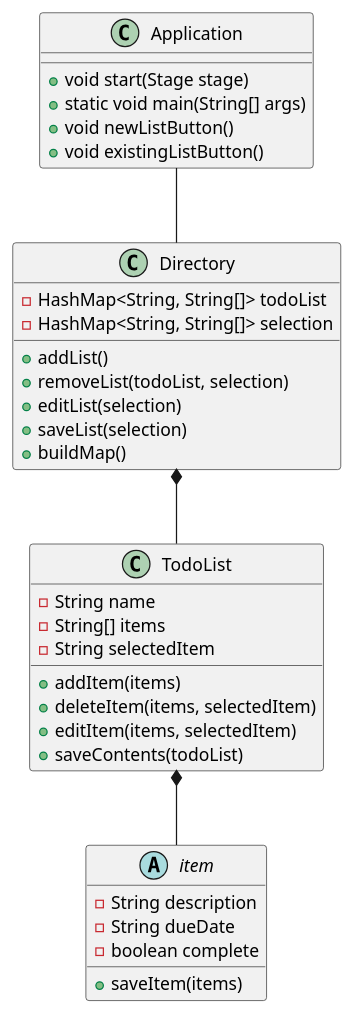
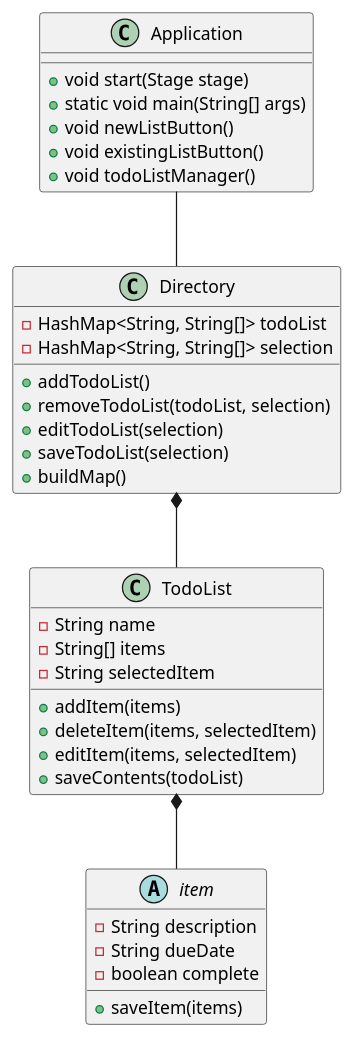
The diagram in earnest-app1-design/docs/App1 UML.puml (aidane1023/earnest-app1-design), drawn with PlantUML before and after one commit. The commit also changed 42 other files, not shown here.

```diff
--- a/earnest-app1-design/docs/App1 UML.puml
+++ b/earnest-app1-design/docs/App1 UML.puml
@@ -1,45 +1,46 @@
 @startuml
 
 class Application
 class Directory
 class TodoList
 abstract class  item
 
 Application -- Directory
 Directory *-- TodoList
 TodoList *-- item
 
 abstract class item {
     - String description
     - String dueDate
     - boolean complete
     + saveItem(items)
 }
 
 class TodoList {
     - String name
     - String[] items
     - String selectedItem
     + addItem(items)
     + deleteItem(items, selectedItem)
     + editItem(items, selectedItem)
     + saveContents(todoList)
 }
 
 class Directory {
     - HashMap<String, String[]> todoList
     - HashMap<String, String[]> selection
-    + addList()
-    + removeList(todoList, selection)
-    + editList(selection)
-    + saveList(selection)
+    + addTodoList()
+    + removeTodoList(todoList, selection)
+    + editTodoList(selection)
+    + saveTodoList(selection)
     + buildMap()
 }
 
 class Application {
     + void start(Stage stage)
     + static void main(String[] args)
     + void newListButton()
     + void existingListButton()
+    + void todoListManager()
 }
 @enduml
```
